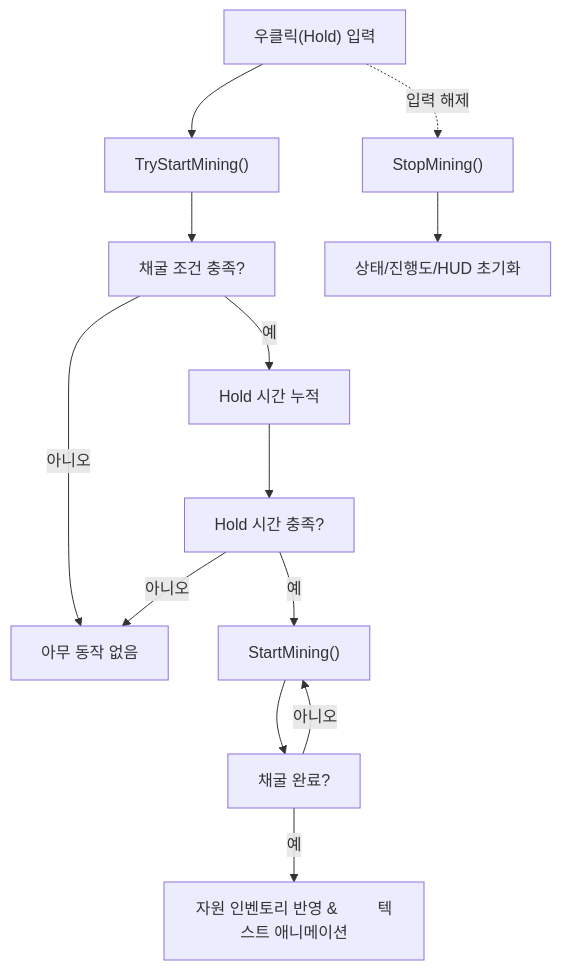
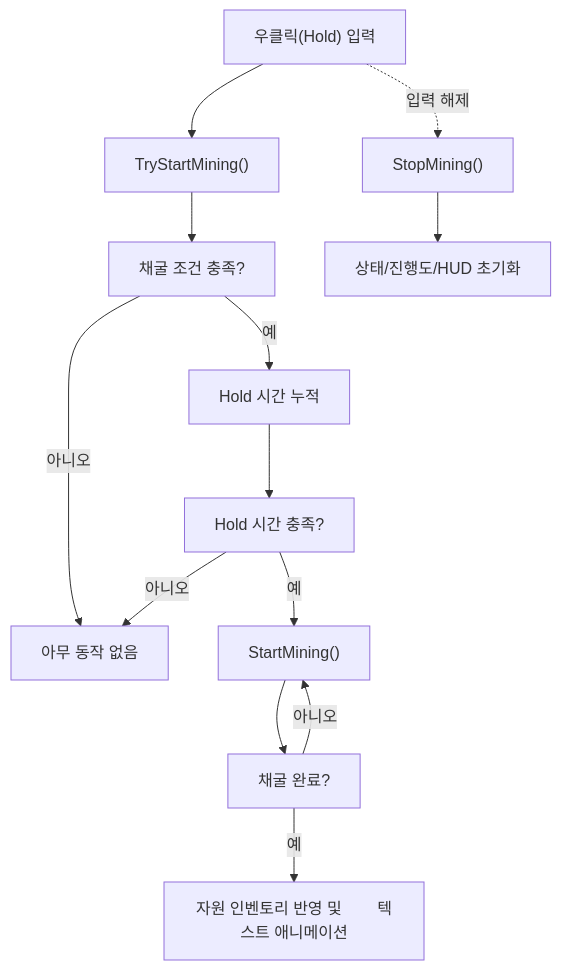
The diagram in README.md (WJMcode/MBFactorio), drawn with Mermaid before and after one commit.

````diff
--- a/README.md
+++ b/README.md
@@ -277,15 +277,15 @@
 ```mermaid
 flowchart TD
     S["우클릭(Hold) 입력"] --> T["TryStartMining()"]
     T --> A["채굴 조건 충족?"]
     A -- "아니오" --> E["아무 동작 없음"]
     A -- "예" --> B["Hold 시간 누적"]
     B --> C["Hold 시간 충족?"]
     C -- "아니오" --> E
     C -- "예" --> D["StartMining()"]
     D --> F["채굴 완료?"]
     F -- "아니오" --> D
-    F -- "예" --> G["자원 인벤토리 반영 &         텍스트 애니메이션"]
+    F -- "예" --> G["자원 인벤토리 반영 및        텍스트 애니메이션"]
     S -. "입력 해제" .-> H["StopMining()"]
     H --> I["상태/진행도/HUD 초기화"]
 ```
````
